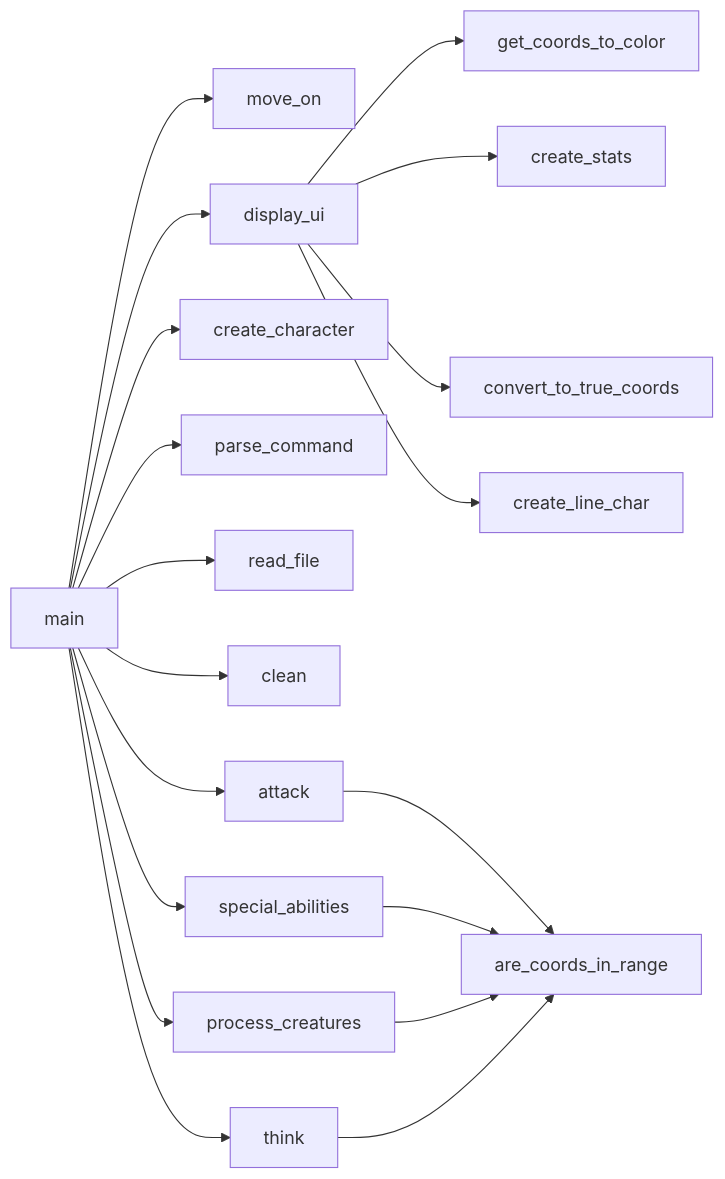
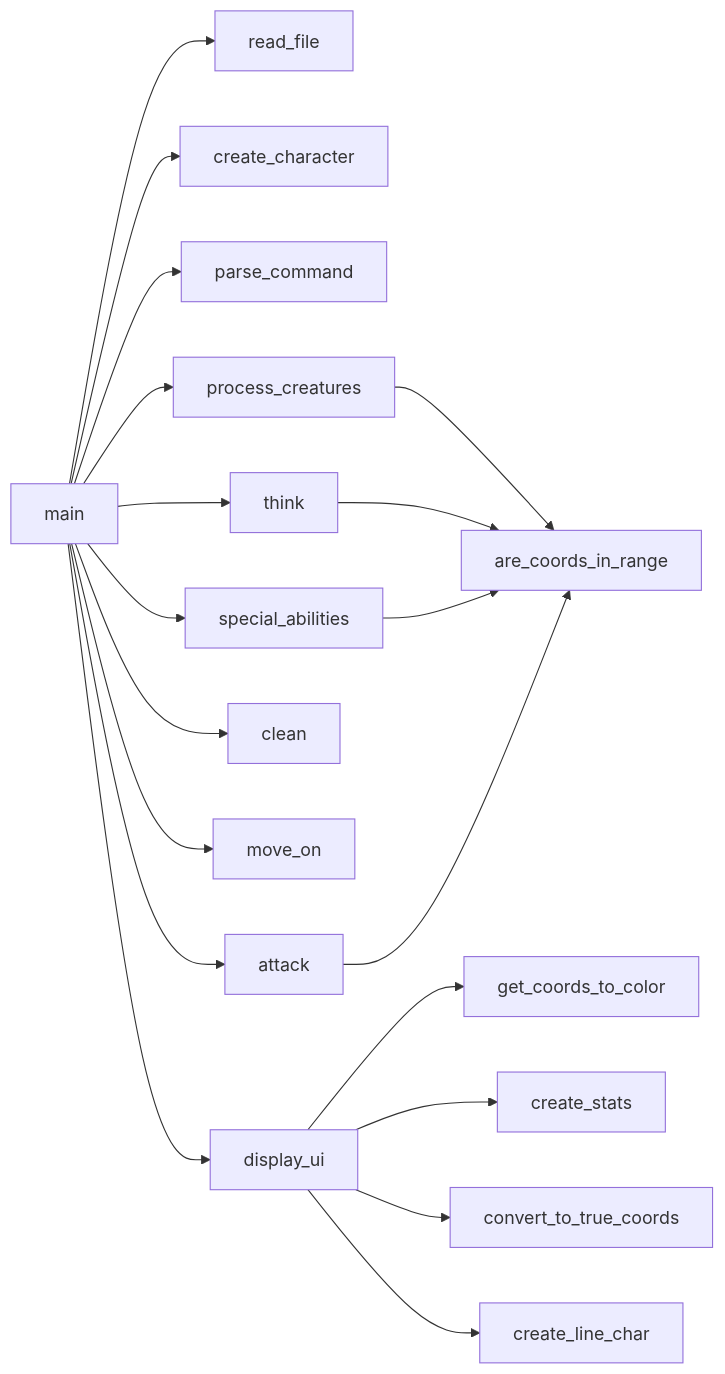
One commit to martin-danhier/Heroes-of-Namur changed the diagram in graph.md. Above: the diagram before and after it, drawn with Mermaid. The commit also changed other lines of this file and 1 other file, not shown here.

Commit message:
specified are_coords_in_range

````diff
--- a/graph.md
+++ b/graph.md
@@ -1,22 +1,25 @@
 ```mermaid
 graph LR
+
+main --> read_file
+main --> create_character
+
+
+main --> parse_command
+main --> think
+main --> process_creatures
+process_creatures --> are_coords_in_range
+think --> are_coords_in_range
+main --> special_abilities
+special_abilities --> are_coords_in_range
+main --> clean
 main --> move_on
+main --> attack
+attack --> are_coords_in_range
+
 main --> display_ui
 display_ui --> get_coords_to_color
 display_ui --> create_stats
 display_ui --> convert_to_true_coords
 display_ui --> create_line_char
-main --> create_character
-main --> parse_command
-main --> read_file
-main --> clean
-main --> attack
-attack --> are_coords_in_range
-main --> special_abilities
-special_abilities --> are_coords_in_range
-main --> process_creatures
-process_creatures --> are_coords_in_range
-main --> think
-think --> are_coords_in_range
-
 ```
````
